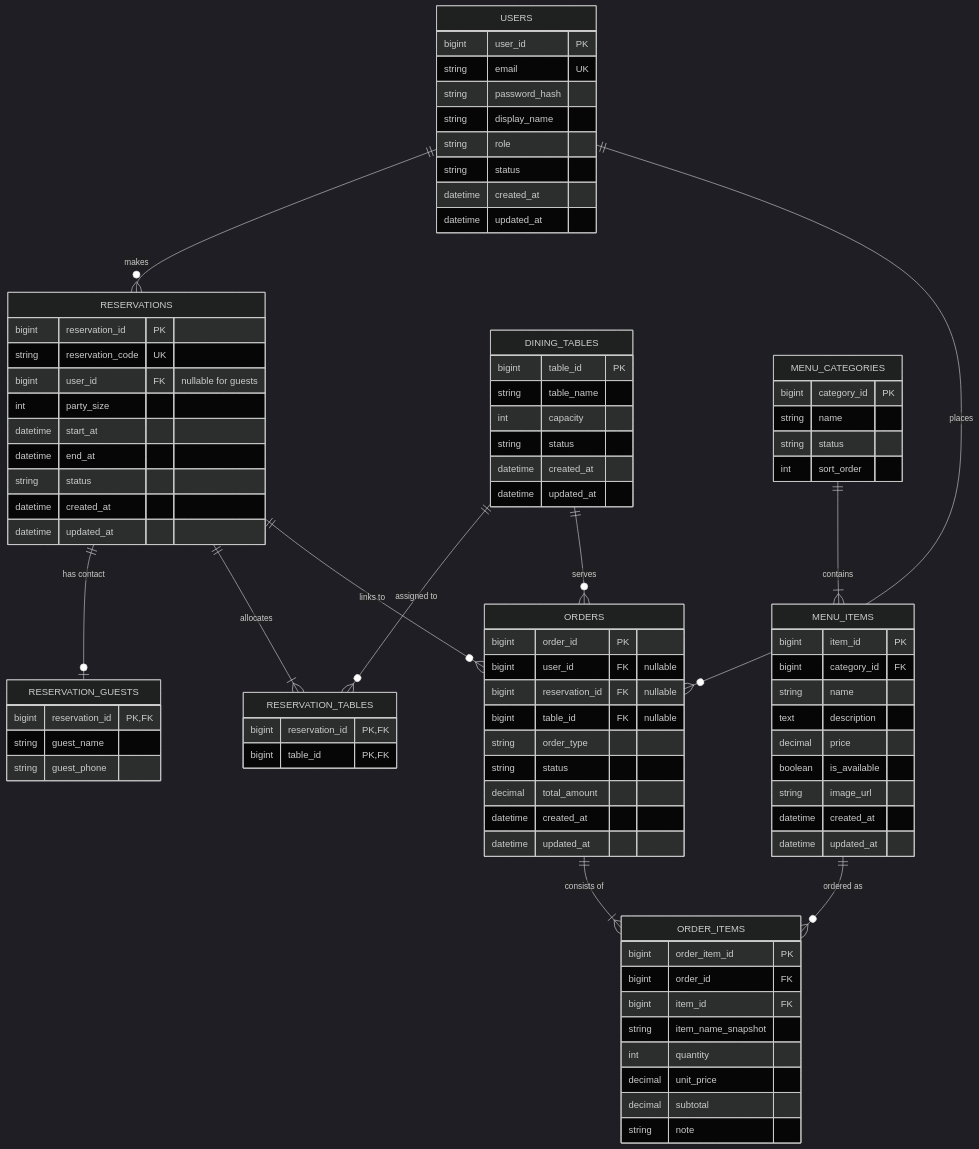
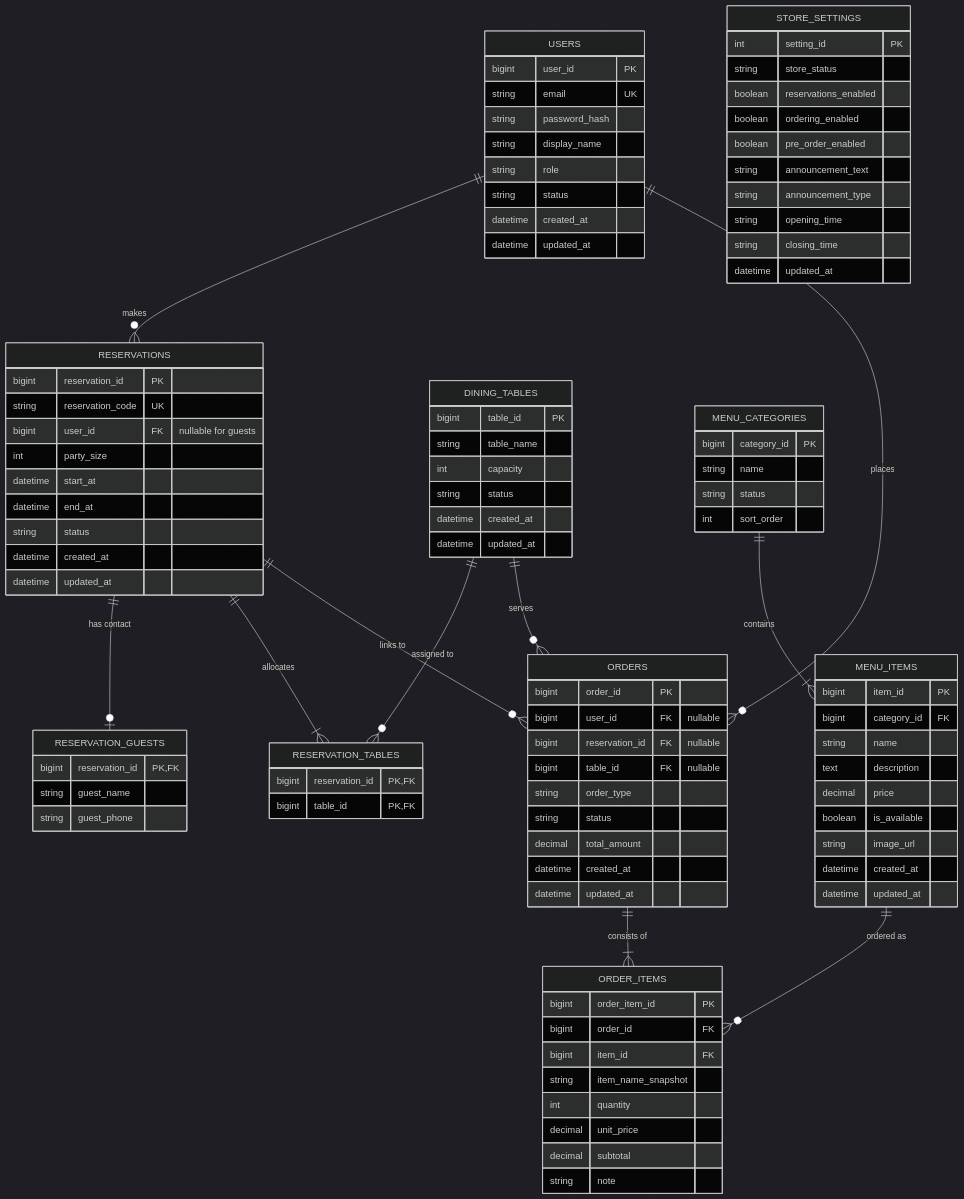
One commit to bingchiwang/restaurant-reservation-system changed the diagram in docs/database/er-diagram.md. Above: the diagram before and after it, drawn with Mermaid (dark theme). The commit also changed 47 other files, not shown here.

````diff
--- a/docs/database/er-diagram.md
+++ b/docs/database/er-diagram.md
@@ -101,4 +101,17 @@
         decimal subtotal
         string note
     }
+
+    STORE_SETTINGS {
+        int setting_id PK
+        string store_status
+        boolean reservations_enabled
+        boolean ordering_enabled
+        boolean pre_order_enabled
+        string announcement_text
+        string announcement_type
+        string opening_time
+        string closing_time
+        datetime updated_at
+    }
 ```
````
